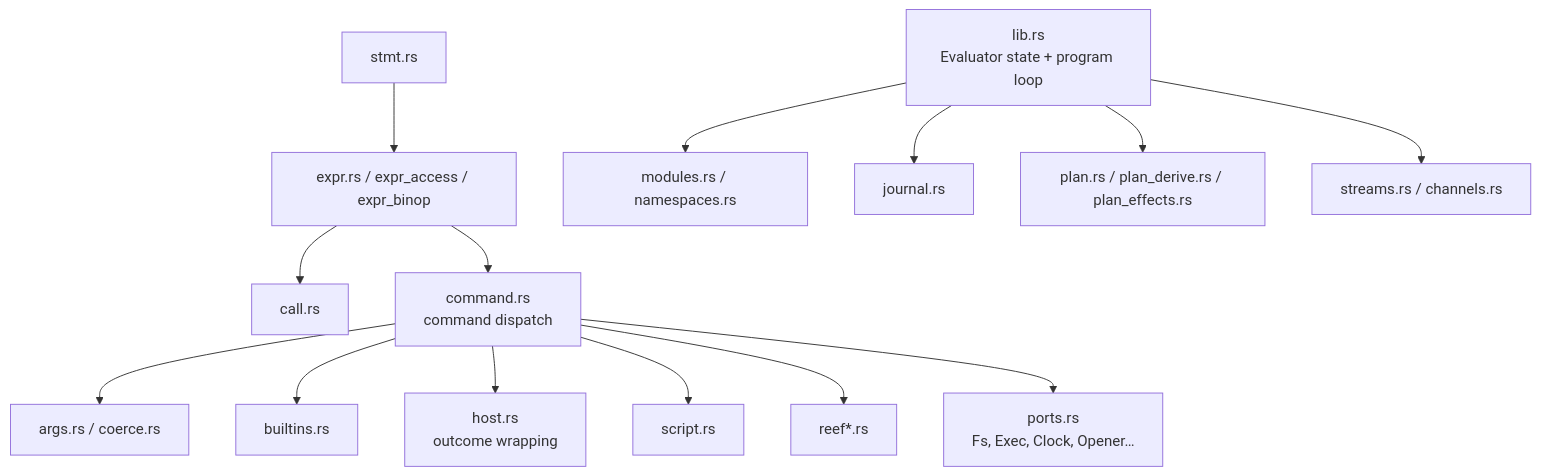
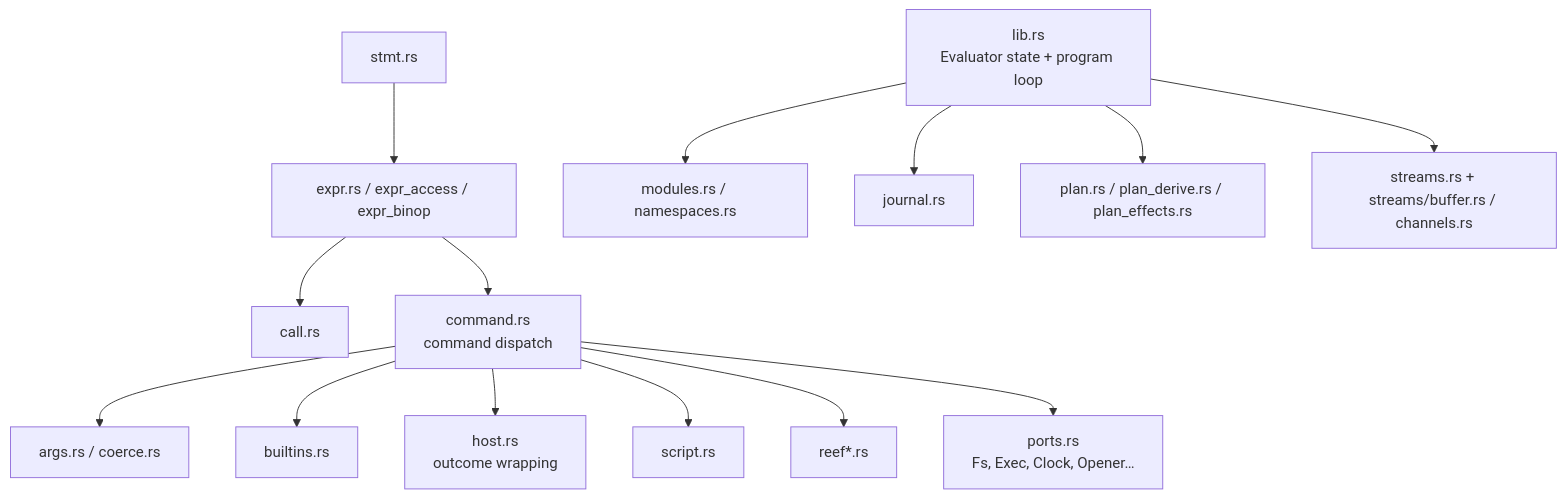
The third of 5 diagrams in site/content/internals/crate-ledger.md (alliecatowo/shoal), drawn with Mermaid before and after one commit. The commit also changed 3 other files, not shown here.

````diff
--- a/site/content/internals/crate-ledger.md
+++ b/site/content/internals/crate-ledger.md
@@ -97,19 +97,19 @@
 ```mermaid
 flowchart TB
 accTitle: Evaluation
 accDescr: Shows the components and relationships described in Evaluation.
   Entry["lib.rs\nEvaluator state + program loop"]
   Stmt["stmt.rs"] --> Expr["expr.rs / expr_access / expr_binop"]
   Expr --> Call["call.rs"]
   Expr --> Command["command.rs\ncommand dispatch"]
   Command --> Args["args.rs / coerce.rs"]
   Command --> Builtins["builtins.rs"]
   Command --> Host["host.rs\noutcome wrapping"]
   Command --> Script["script.rs"]
   Command --> Reef["reef*.rs"]
   Command --> Ports["ports.rs\nFs, Exec, Clock, Opener…"]
   Entry --> Modules["modules.rs / namespaces.rs"]
   Entry --> Journal["journal.rs"]
   Entry --> Plans["plan.rs / plan_derive.rs / plan_effects.rs"]
-  Entry --> Streams["streams.rs / channels.rs"]
+  Entry --> Streams["streams.rs + streams/buffer.rs / channels.rs"]
 ```
````
